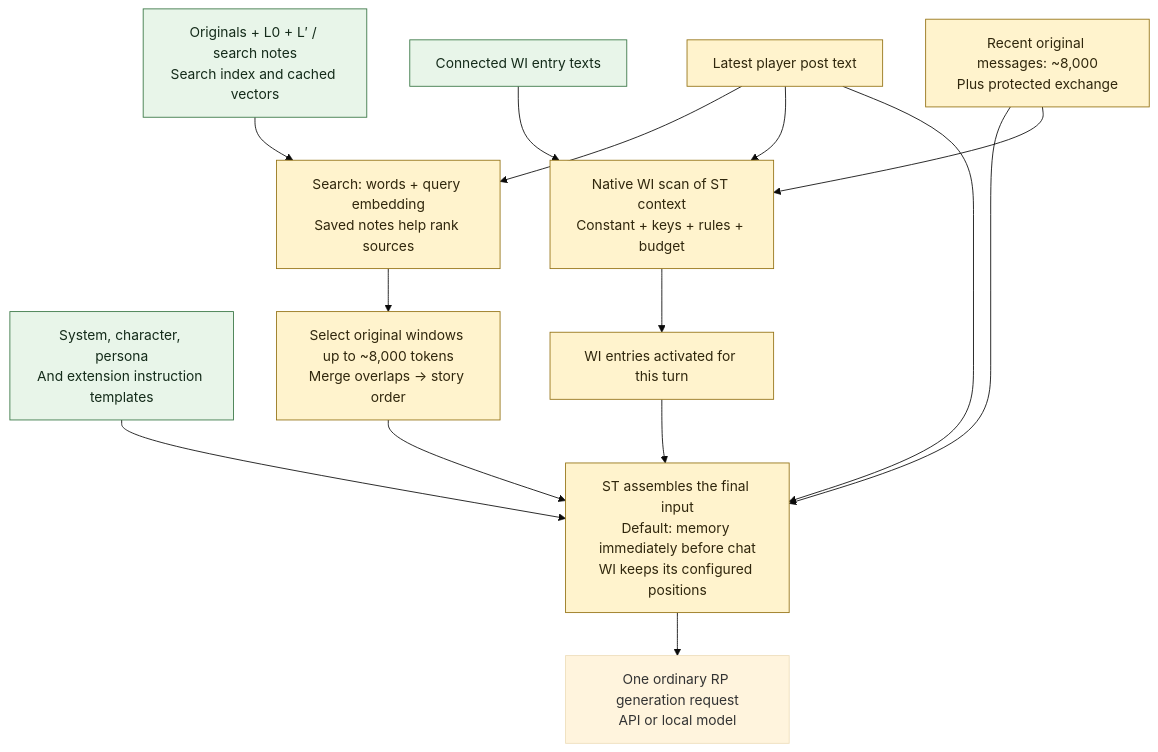
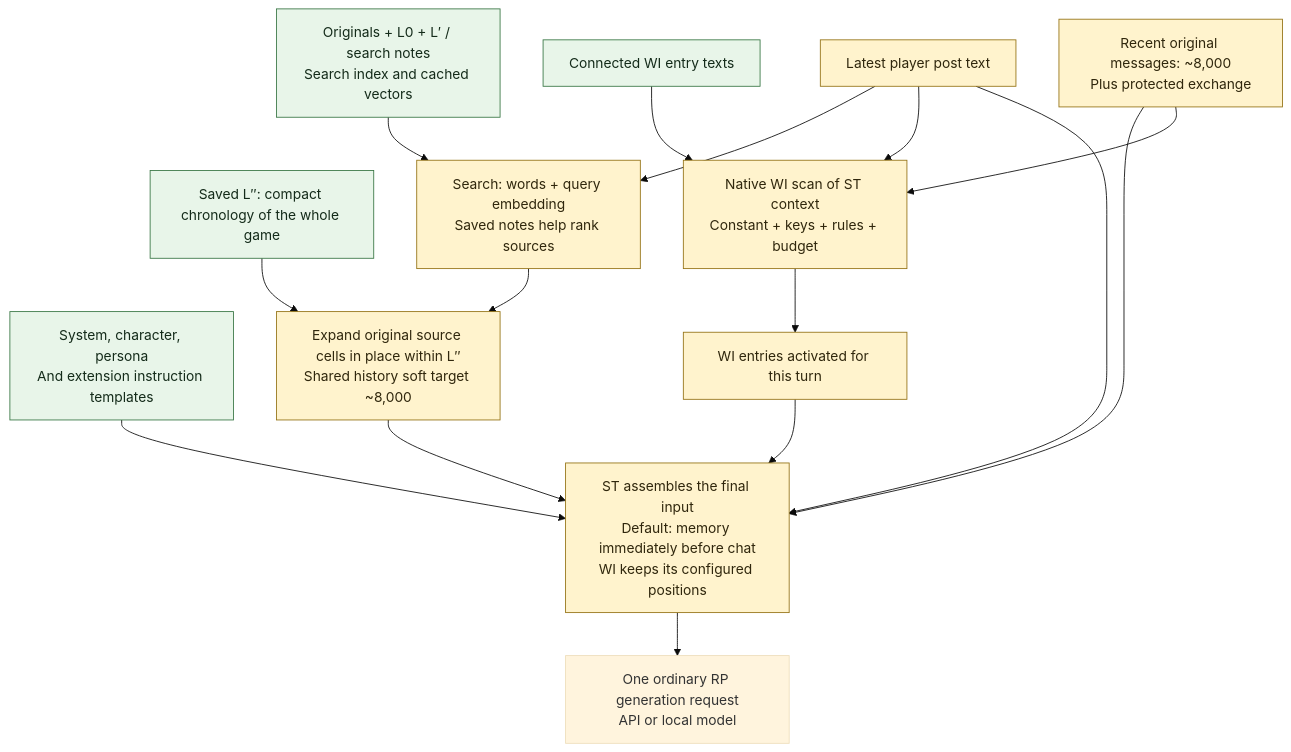
The second of 2 diagrams in README.md (Ilya626/Extension-WorldMemory), drawn with Mermaid (base theme) before and after one commit. The commit also changed other lines of this file and 15 other files, not shown here.

````diff
--- a/README.md
+++ b/README.md
@@ -72,26 +75,28 @@
 ```mermaid
 flowchart TD
         C["System, character, persona<br/>And extension instruction templates"]
         I["Originals + L0 + L′ / search notes<br/>Search index and cached vectors"]
+        J["Saved L″: compact chronology of the whole game"]
         W["Connected WI entry texts"]
         Q["Latest player post text"] --> R["Search: words + query embedding<br/>Saved notes help rank sources"]
-        R --> H["Select original windows up to ~8,000 tokens<br/>Merge overlaps → story order"]
+        R --> H["Expand original source cells in place within L″<br/>Shared history soft target ~8,000"]
+        J --> H
         T["Recent original messages: ~8,000<br/>Plus protected exchange"]
         S["Native WI scan of ST context<br/>Constant + keys + rules + budget"]
         S --> X["WI entries activated for this turn"]
         G["ST assembles the final input<br/>Default: memory immediately before chat<br/>WI keeps its configured positions"]
         H --> G
         T --> G
         X --> G
     I --> R
     W --> S
     Q --> S
     T --> S
     Q --> G
     C --> G
     G --> M["One ordinary RP generation request<br/>API or local model"]
     classDef saved fill:#e8f5e9,stroke:#387644,color:#142b1a;
     classDef rebuilt fill:#fff3cd,stroke:#947214,color:#30270d;
-    class C,I,W saved;
+    class C,I,W,J saved;
     class Q,R,H,T,S,X,G rebuilt;
 ```
````
